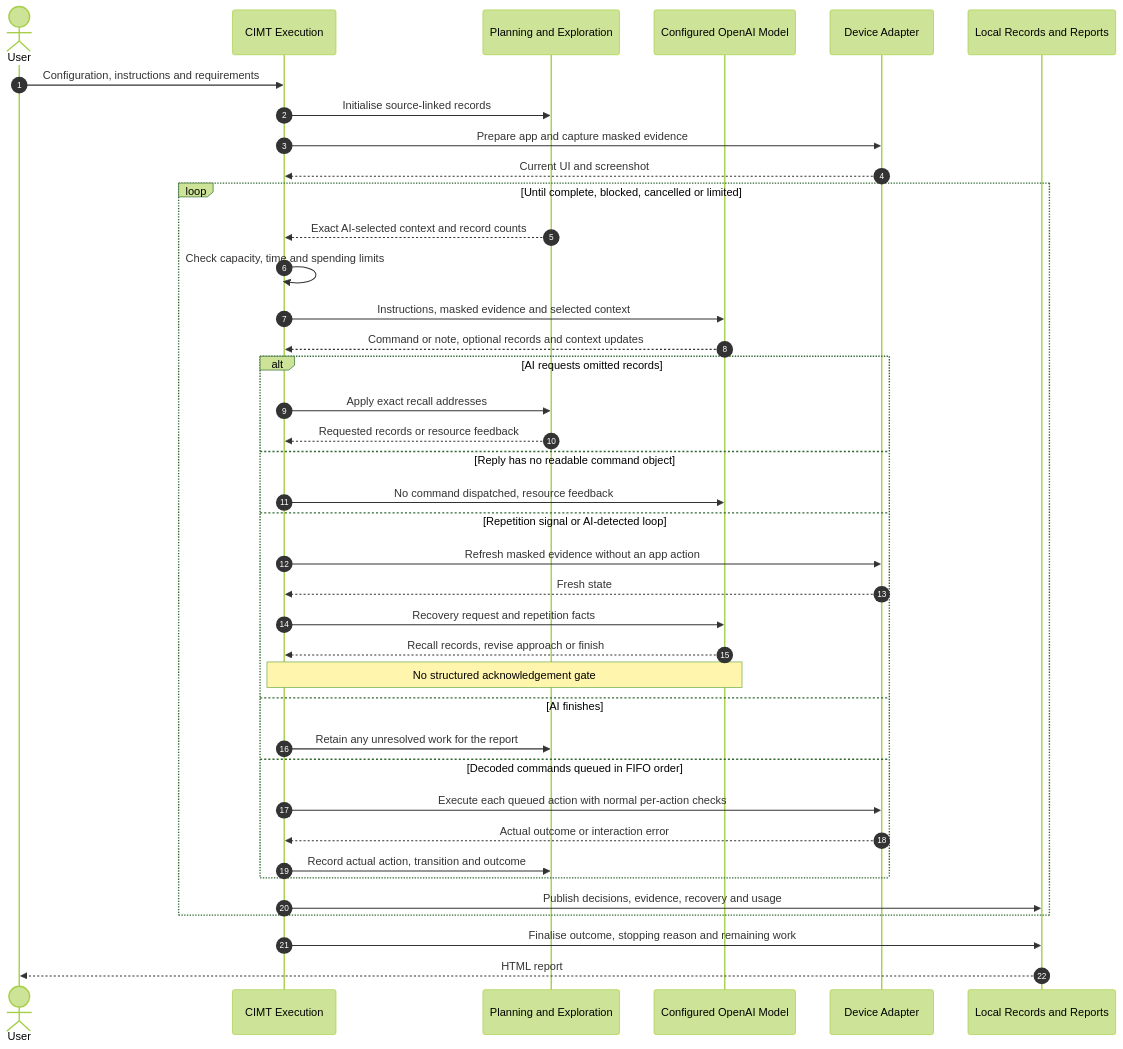
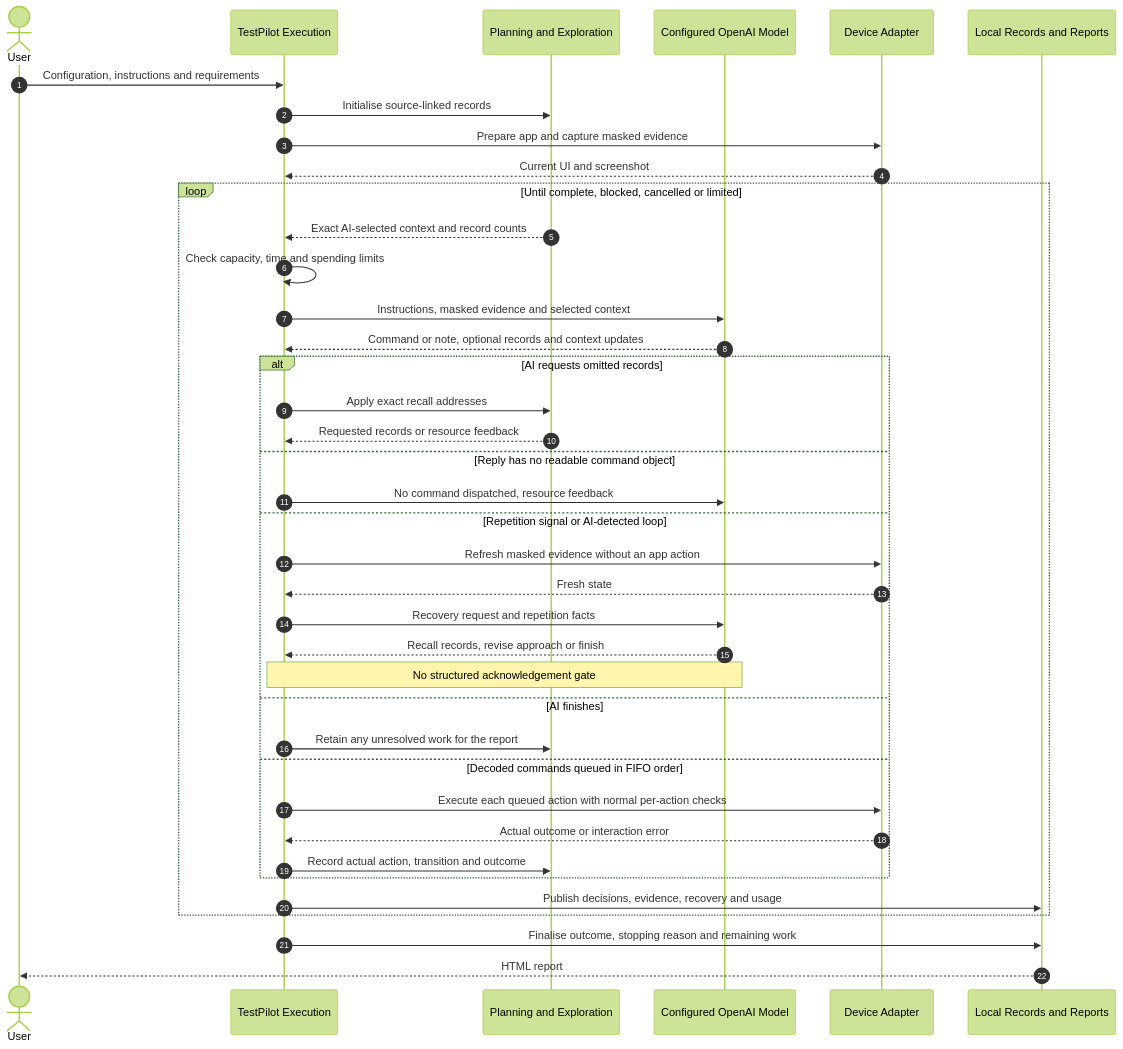
The diagram in docs/ai-context-and-recovery.md (Richard032/CIMT), drawn with Mermaid (forest theme) before and after one commit. The commit also changed other lines of this file and 345 other files, not shown here.

Commit message:
Rename CIMT product and CLI to TestPilot

````diff
--- a/docs/ai-context-and-recovery.md
+++ b/docs/ai-context-and-recovery.md
@@ -82,43 +82,43 @@
 ```mermaid
 sequenceDiagram
     autonumber
     actor User
-    participant Run as CIMT Execution
+    participant Run as TestPilot Execution
     participant Memory as Planning and Exploration
     participant AI as Configured OpenAI Model
     participant Device as Device Adapter
     participant Report as Local Records and Reports
 
     User->>Run: Configuration, instructions and requirements
     Run->>Memory: Initialise source-linked records
     Run->>Device: Prepare app and capture masked evidence
     Device-->>Run: Current UI and screenshot
 
     loop Until complete, blocked, cancelled or limited
         Memory-->>Run: Exact AI-selected context and record counts
         Run->>Run: Check capacity, time and spending limits
         Run->>AI: Instructions, masked evidence and selected context
         AI-->>Run: Command or note, optional records and context updates
         alt AI requests omitted records
             Run->>Memory: Apply exact recall addresses
             Memory-->>Run: Requested records or resource feedback
         else Reply has no readable command object
             Run->>AI: No command dispatched, resource feedback
         else Repetition signal or AI-detected loop
             Run->>Device: Refresh masked evidence without an app action
             Device-->>Run: Fresh state
             Run->>AI: Recovery request and repetition facts
             AI-->>Run: Recall records, revise approach or finish
             Note over Run,AI: No structured acknowledgement gate
         else AI finishes
             Run->>Memory: Retain any unresolved work for the report
         else Decoded commands queued in FIFO order
             Run->>Device: Execute each queued action with normal per-action checks
             Device-->>Run: Actual outcome or interaction error
             Run->>Memory: Record actual action, transition and outcome
         end
         Run->>Report: Publish decisions, evidence, recovery and usage
     end
     Run->>Report: Finalise outcome, stopping reason and remaining work
     Report-->>User: HTML report
 ```
````
